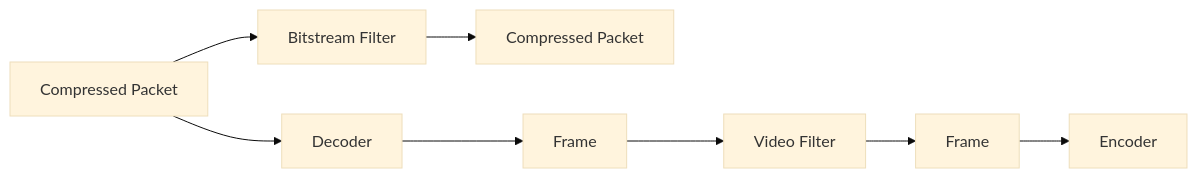
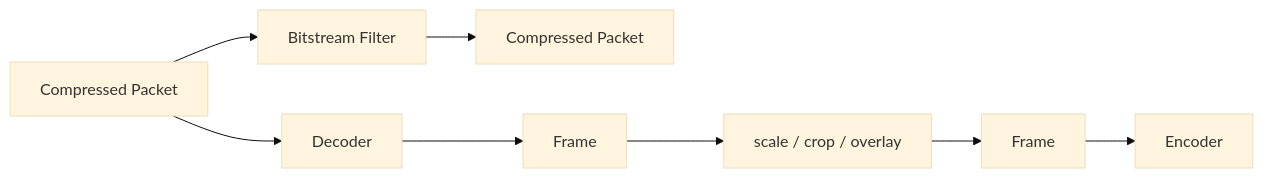
The seventh of 9 diagrams in src/content/tutorial/ffmpeg/08-H264-H265-Bitstream.md (flycodeu/FlyCodeCenter), drawn with Mermaid (base theme) before and after one commit. The commit also changed other lines of this file and 1 other file, not shown here.

````diff
--- a/src/content/tutorial/ffmpeg/08-H264-H265-Bitstream.md
+++ b/src/content/tutorial/ffmpeg/08-H264-H265-Bitstream.md
@@ -301,10 +360,11 @@
 ```mermaid
 flowchart LR
   P1[Compressed Packet] --> BSF[Bitstream Filter]
   BSF --> P2[Compressed Packet]
-  P1 --> DE[Decoder]
-  DE --> F1[Frame]
-  F1 --> VF[Video Filter]
+
+  P1 --> DEC[Decoder]
+  DEC --> F1[Frame]
+  F1 --> VF[scale / crop / overlay]
   VF --> F2[Frame]
-  F2 --> EN[Encoder]
+  F2 --> ENC[Encoder]
 ```
````
